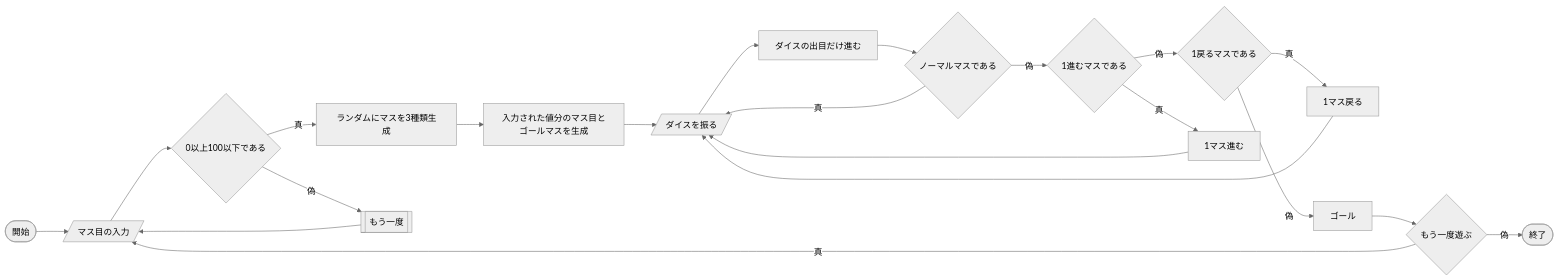
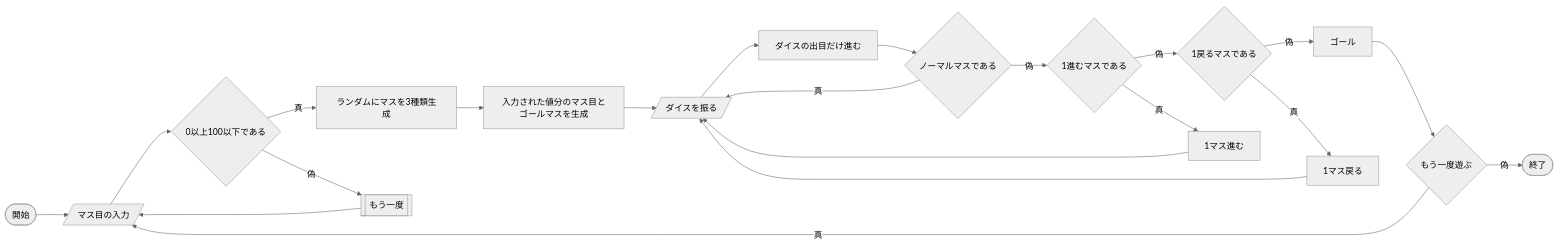
The diagram in README.md (tpu-game-2022/mermaid_test), drawn with Mermaid (neutral theme) before and after one commit. The commit also changed other lines of this file, not shown here.

````diff
--- a/README.md
+++ b/README.md
@@ -21,24 +21,24 @@
 ```mermaid
 flowchart LR;
   A([開始]) --> B[/マス目の入力/];
   B --> C{0以上100以下である}
   C --真--> E[ランダムにマスを3種類生成];
   C --偽--> D[[もう一度]];
   D --> B;
   E --> F[入力された値分のマス目とゴールマスを生成];
   F --> G[/ダイスを振る/];
   G --> P[ダイスの出目だけ進む];
   P --> I{ノーマルマスである}
   I --真--> G;
   I --偽--> J{1進むマスである}
   J --偽--> K{1戻るマスである};
   J --真--> O[1マス進む];
   O --> G;
+  K --偽--> H[ゴール];
   K --真--> Q[1マス戻る];
   Q --> G;
-  K --偽--> H[ゴール];
   H --> M{もう一度遊ぶ}
   M --真--> B;
   M --偽--> N([終了]);
   
 ```
````
